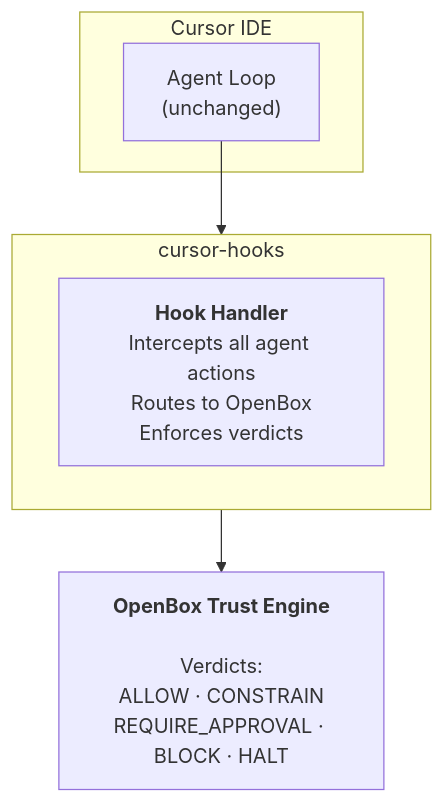
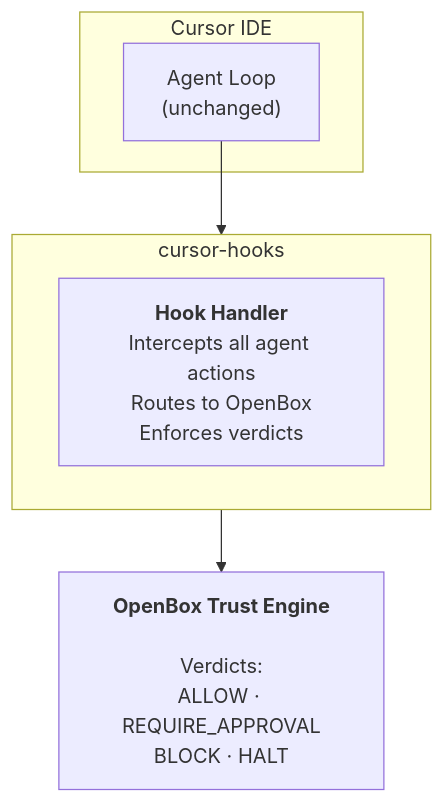
Before and after one commit to OpenBox-AI/openbox-document: the diagram in website/docs/developer-guide/cursor-hooks/index.md, drawn with Mermaid. The commit also changed other lines of this file and 1 other file, not shown here.

````diff
--- a/website/docs/developer-guide/cursor-hooks/index.md
+++ b/website/docs/developer-guide/cursor-hooks/index.md
@@ -52,16 +19,16 @@
 ```mermaid
 flowchart TD
     subgraph cursor["Cursor IDE"]
         agent["Agent Loop<br/>(unchanged)"]
     end
 
     agent --> hooks
 
     subgraph hooks["cursor-hooks"]
         handler["<b>Hook Handler</b><br/>Intercepts all agent actions<br/>Routes to OpenBox<br/>Enforces verdicts"]
     end
 
     hooks --> engine
 
-    engine["<b>OpenBox Trust Engine</b><br/><br/>Verdicts:<br/>ALLOW · CONSTRAIN<br/>REQUIRE_APPROVAL · BLOCK · HALT"]
+    engine["<b>OpenBox Trust Engine</b><br/><br/>Verdicts:<br/>ALLOW · REQUIRE_APPROVAL<br/>BLOCK · HALT"]
 ```
````
